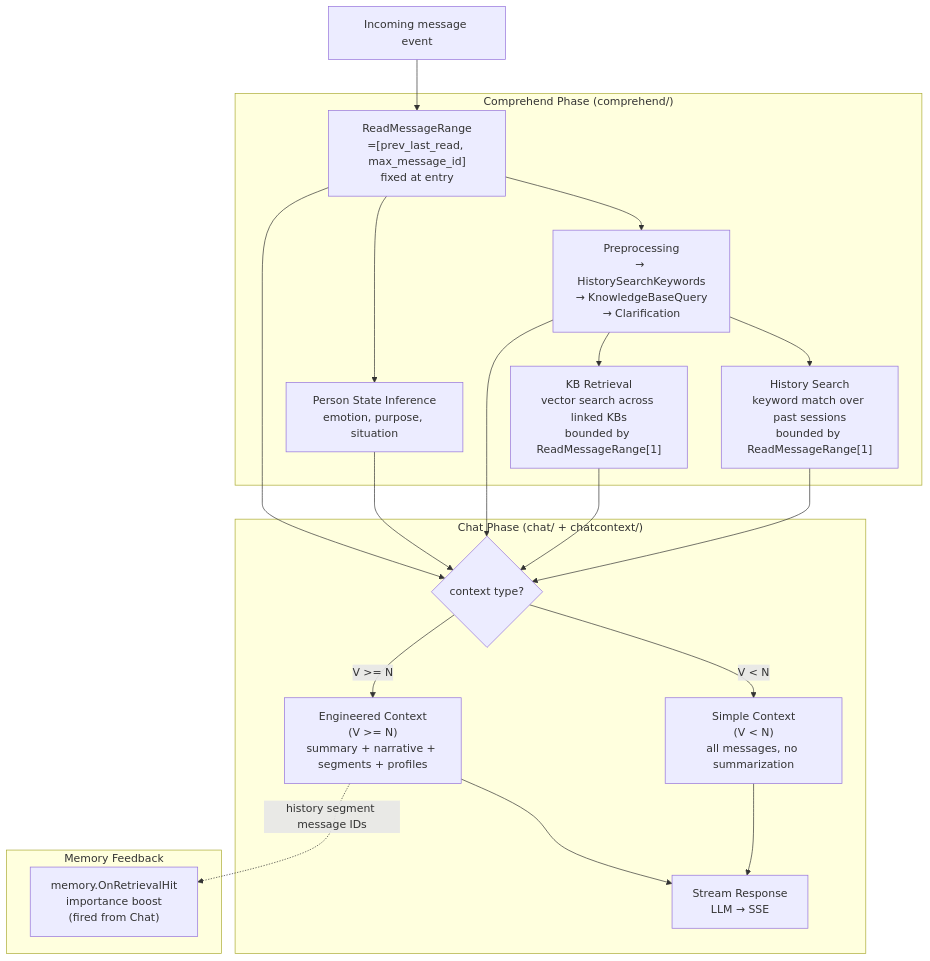
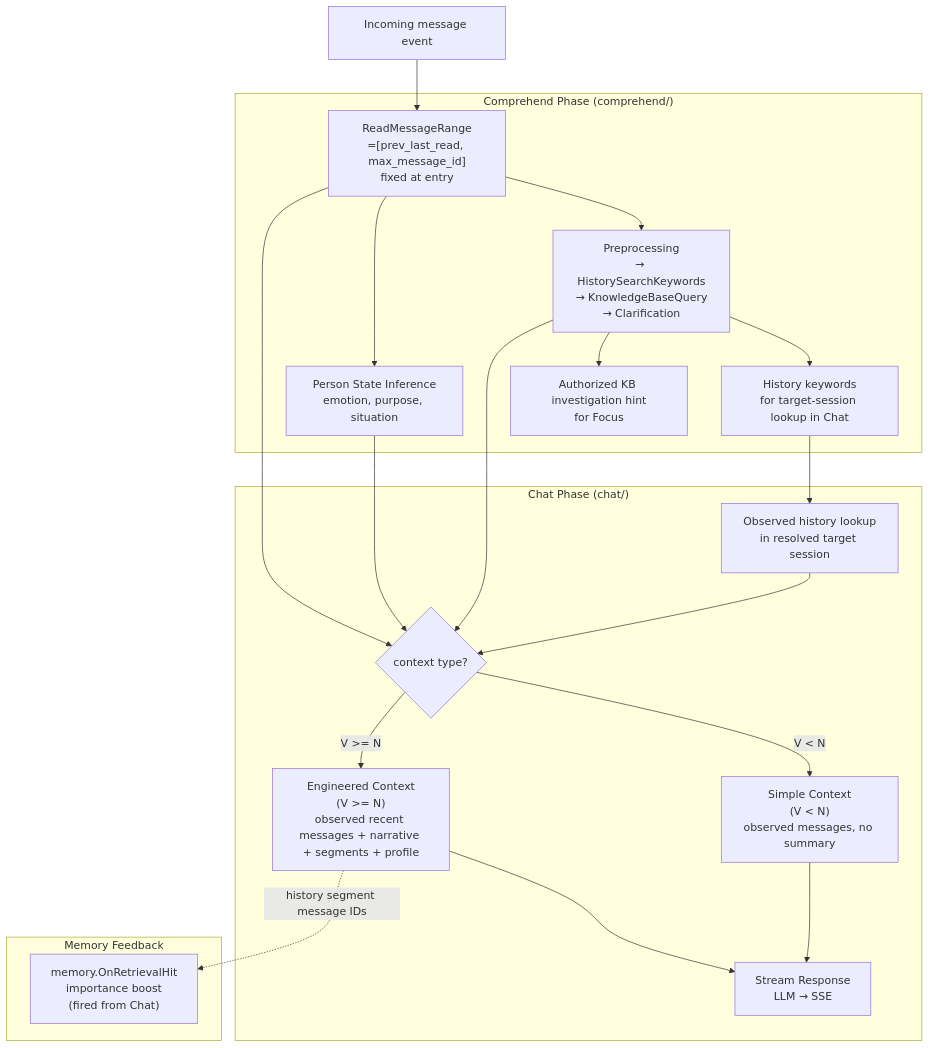
Before and after one commit to KoanJan/qingqiu-world: the first of 9 diagrams in doc/engineering_implements/context-engineering-pipeline.md, drawn with Mermaid. The commit also changed other lines of this file and 83 other files, not shown here.

````diff
--- a/doc/engineering_implements/context-engineering-pipeline.md
+++ b/doc/engineering_implements/context-engineering-pipeline.md
@@ -7,37 +7,38 @@
 ```mermaid
 graph TB
     subgraph "Comprehend Phase (comprehend/)"
         Range["ReadMessageRange<br/>=[prev_last_read, max_message_id]<br/>fixed at entry"]
         Preproc["Preprocessing<br/>→ HistorySearchKeywords<br/>→ KnowledgeBaseQuery<br/>→ Clarification"]
         PersonState["Person State Inference<br/>emotion, purpose, situation"]
-        HistorySearch["History Search<br/>keyword match over past sessions<br/>bounded by ReadMessageRange[1]"]
-        KBRetrieval["KB Retrieval<br/>vector search across linked KBs<br/>bounded by ReadMessageRange[1]"]
+        HistorySearch["History keywords<br/>for target-session lookup in Chat"]
+        KBRetrieval["Authorized KB investigation hint<br/>for Focus"]
     end
 
-    subgraph "Chat Phase (chat/ + chatcontext/)"
+    subgraph "Chat Phase (chat/)"
+        TargetSearch["Observed history lookup<br/>in resolved target session"]
         Assembly{"context type?"}
-        Simple["Simple Context<br/>(V < N)<br/>all messages, no summarization"]
-        Engineered["Engineered Context<br/>(V >= N)<br/>summary + narrative + segments + profiles"]
+        Simple["Simple Context<br/>(V < N)<br/>observed messages, no summary"]
+        Engineered["Engineered Context<br/>(V >= N)<br/>observed recent messages + narrative + segments + profile"]
         Stream["Stream Response<br/>LLM → SSE"]
     end
 
     subgraph "Memory Feedback"
         OnHit["memory.OnRetrievalHit<br/>importance boost<br/>(fired from Chat)"]
     end
 
     Event["Incoming message event"] --> Range
     Range --> Preproc
     Range --> PersonState
     Preproc --> HistorySearch
     Preproc --> KBRetrieval
+    HistorySearch --> TargetSearch
+    TargetSearch --> Assembly
     Range --> Assembly
     Preproc --> Assembly
     PersonState --> Assembly
-    HistorySearch --> Assembly
-    KBRetrieval --> Assembly
     Assembly -->|V < N| Simple
     Assembly -->|V >= N| Engineered
     Simple --> Stream
     Engineered --> Stream
     Engineered -.history segment message IDs.-> OnHit
 ```
````
